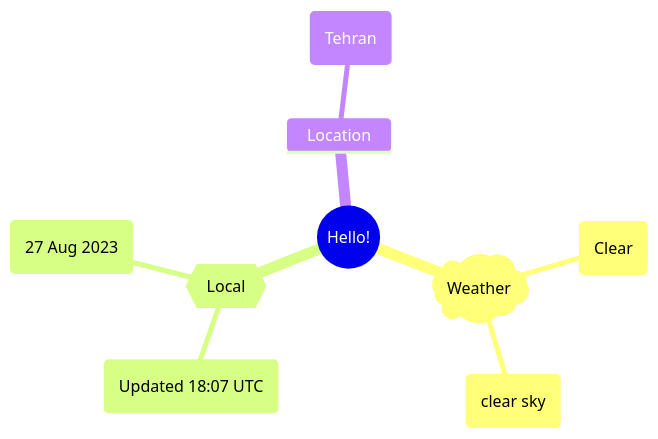
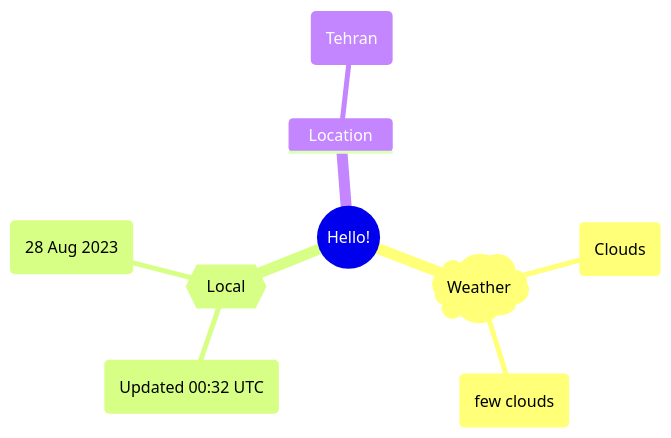
The first of 2 diagrams in README.md (Xosrov/Xosrov), drawn with Mermaid before and after one commit.

Commit message:
[bot] updated images

````diff
--- a/README.md
+++ b/README.md
@@ -3,12 +3,12 @@
 ```mermaid
 mindmap
   root((Hello!))
     )Weather(
-        (Clear)
-        (clear sky)
+        (Clouds)
+        (few clouds)
     {{Local}}
-        (Updated 18:07 UTC)
-        (27 Aug 2023)
+        (Updated 00:32 UTC)
+        (28 Aug 2023)
     Location
         (Tehran)
 ```
````
